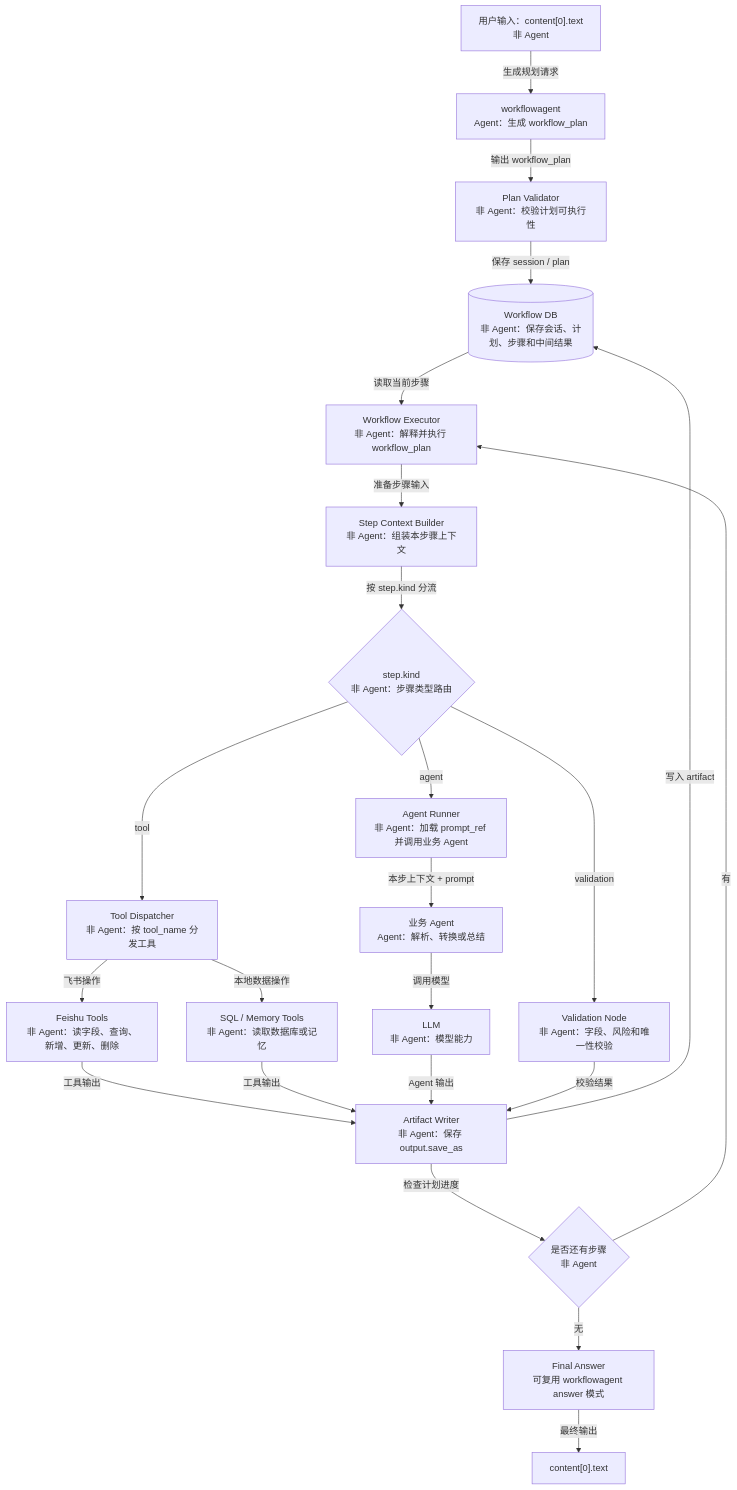
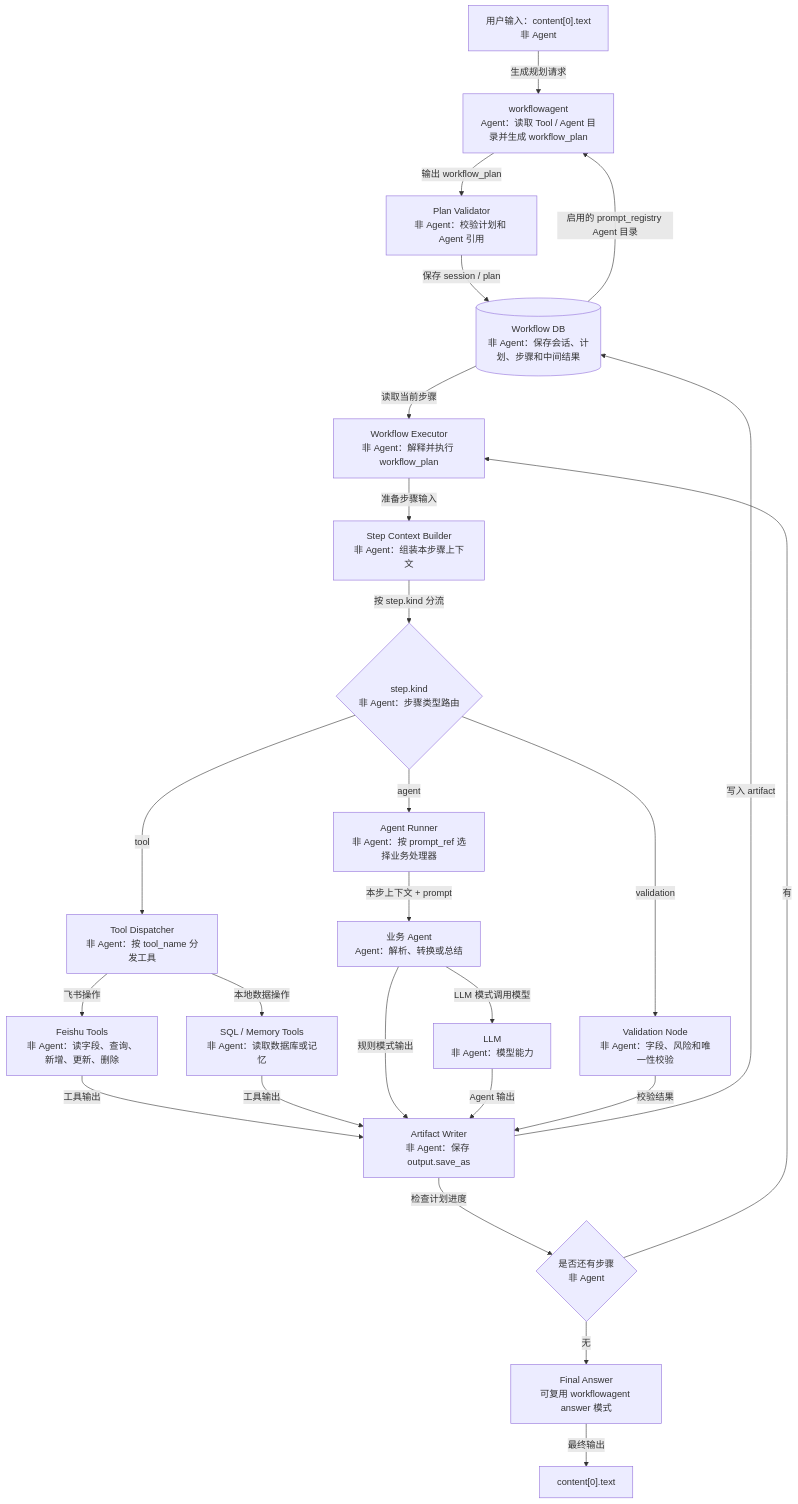
One commit to 246706510miao-svg/for-mygirl changed the diagram in third/docs/workflowagent-fixed-graph.md. Above: the diagram before and after it, drawn with Mermaid. The commit also changed other lines of this file and 26 other files, not shown here.

````diff
--- a/third/docs/workflowagent-fixed-graph.md
+++ b/third/docs/workflowagent-fixed-graph.md
@@ -7,33 +7,35 @@
 ```mermaid
 flowchart TD
-    U["用户输入：content[0].text<br/>非 Agent"] -->|"生成规划请求"| W["workflowagent<br/>Agent：生成 workflow_plan"]
+    U["用户输入：content[0].text<br/>非 Agent"] -->|"生成规划请求"| W["workflowagent<br/>Agent：读取 Tool / Agent 目录并生成 workflow_plan"]
 
-    W -->|"输出 workflow_plan"| PV["Plan Validator<br/>非 Agent：校验计划可执行性"]
+    DB -->|"启用的 prompt_registry Agent 目录"| W
+    W -->|"输出 workflow_plan"| PV["Plan Validator<br/>非 Agent：校验计划和 Agent 引用"]
     PV -->|"保存 session / plan"| DB[("Workflow DB<br/>非 Agent：保存会话、计划、步骤和中间结果")]
 
     DB -->|"读取当前步骤"| EX["Workflow Executor<br/>非 Agent：解释并执行 workflow_plan"]
     EX -->|"准备步骤输入"| CB["Step Context Builder<br/>非 Agent：组装本步骤上下文"]
 
     CB -->|"按 step.kind 分流"| R{"step.kind<br/>非 Agent：步骤类型路由"}
 
     R -->|"tool"| TD["Tool Dispatcher<br/>非 Agent：按 tool_name 分发工具"]
-    R -->|"agent"| AR["Agent Runner<br/>非 Agent：加载 prompt_ref 并调用业务 Agent"]
+    R -->|"agent"| AR["Agent Runner<br/>非 Agent：按 prompt_ref 选择业务处理器"]
     R -->|"validation"| VA["Validation Node<br/>非 Agent：字段、风险和唯一性校验"]
 
     AR -->|"本步上下文 + prompt"| BA["业务 Agent<br/>Agent：解析、转换或总结"]
-    BA -->|"调用模型"| LLM["LLM<br/>非 Agent：模型能力"]
+    BA -->|"LLM 模式调用模型"| LLM["LLM<br/>非 Agent：模型能力"]
 
     TD -->|"飞书操作"| FT["Feishu Tools<br/>非 Agent：读字段、查询、新增、更新、删除"]
     TD -->|"本地数据操作"| ST["SQL / Memory Tools<br/>非 Agent：读取数据库或记忆"]
 
     FT -->|"工具输出"| SAVE["Artifact Writer<br/>非 Agent：保存 output.save_as"]
     ST -->|"工具输出"| SAVE
+    BA -->|"规则模式输出"| SAVE
     LLM -->|"Agent 输出"| SAVE
     VA -->|"校验结果"| SAVE
 
     SAVE -->|"写入 artifact"| DB
     SAVE -->|"检查计划进度"| NEXT{"是否还有步骤<br/>非 Agent"}
     NEXT -->|"有"| EX
     NEXT -->|"无"| FA["Final Answer<br/>可复用 workflowagent answer 模式"]
     FA -->|"最终输出"| OUT["content[0].text"]
 ```
````
